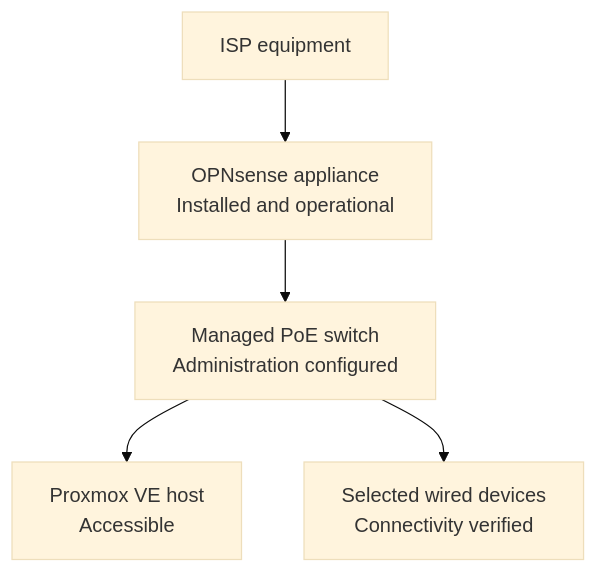
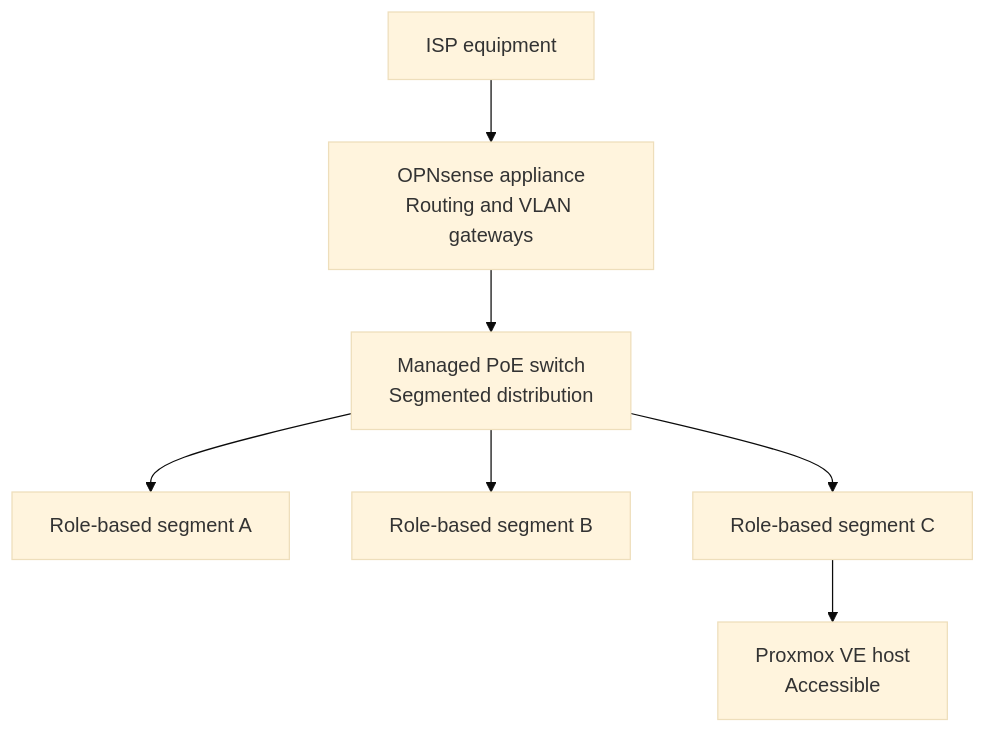
Before and after one commit to DeadPol8789/homelab: the first of 2 diagrams in docs/physical-setup.md, drawn with Mermaid (base theme). The commit also changed other lines of this file and 9 other files, not shown here.

First line of the commit message:
Document operational segmented network foundation (#3)

````diff
--- a/docs/physical-setup.md
+++ b/docs/physical-setup.md
@@ -44,7 +44,9 @@
 ```mermaid
 flowchart TD
-    ISP["ISP equipment"] --> FW["OPNsense appliance<br/>Installed and operational"]
-    FW --> SW["Managed PoE switch<br/>Administration configured"]
-    SW --> PVE["Proxmox VE host<br/>Accessible"]
-    SW --> DEV["Selected wired devices<br/>Connectivity verified"]
+    ISP["ISP equipment"] --> FW["OPNsense appliance<br/>Routing and VLAN gateways"]
+    FW --> SW["Managed PoE switch<br/>Segmented distribution"]
+    SW --> SEG_A["Role-based segment A"]
+    SW --> SEG_B["Role-based segment B"]
+    SW --> SEG_C["Role-based segment C"]
+    SEG_C --> PVE["Proxmox VE host<br/>Accessible"]
 ```
````
